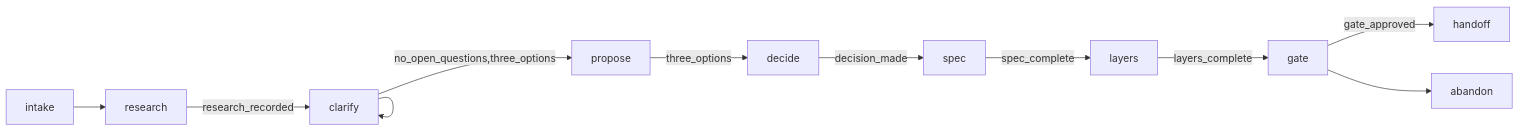
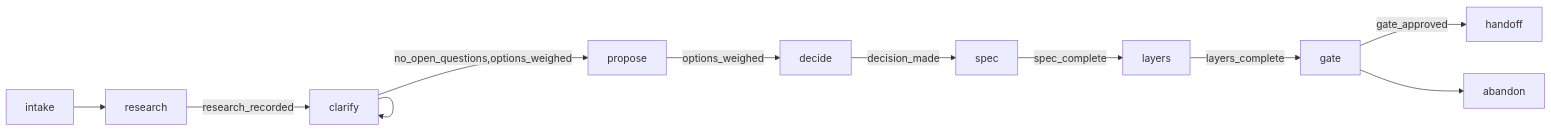
One commit to lleqsnoom/otter-skills changed the diagram in skills/o-plan/SKILL.md. Above: the diagram before and after it, drawn with Mermaid. The commit also changed other lines of this file and 251 other files, not shown here.

````diff
--- a/skills/o-plan/SKILL.md
+++ b/skills/o-plan/SKILL.md
@@ -30,13 +30,13 @@
 ```mermaid
 graph LR
   intake --> research
   research -->|research_recorded| clarify
   clarify --> clarify
-  clarify -->|no_open_questions,three_options| propose
-  propose -->|three_options| decide
+  clarify -->|no_open_questions,options_weighed| propose
+  propose -->|options_weighed| decide
   decide -->|decision_made| spec
   spec -->|spec_complete| layers
   layers -->|layers_complete| gate
   gate -->|gate_approved| handoff
   gate --> abandon
 ```
````
